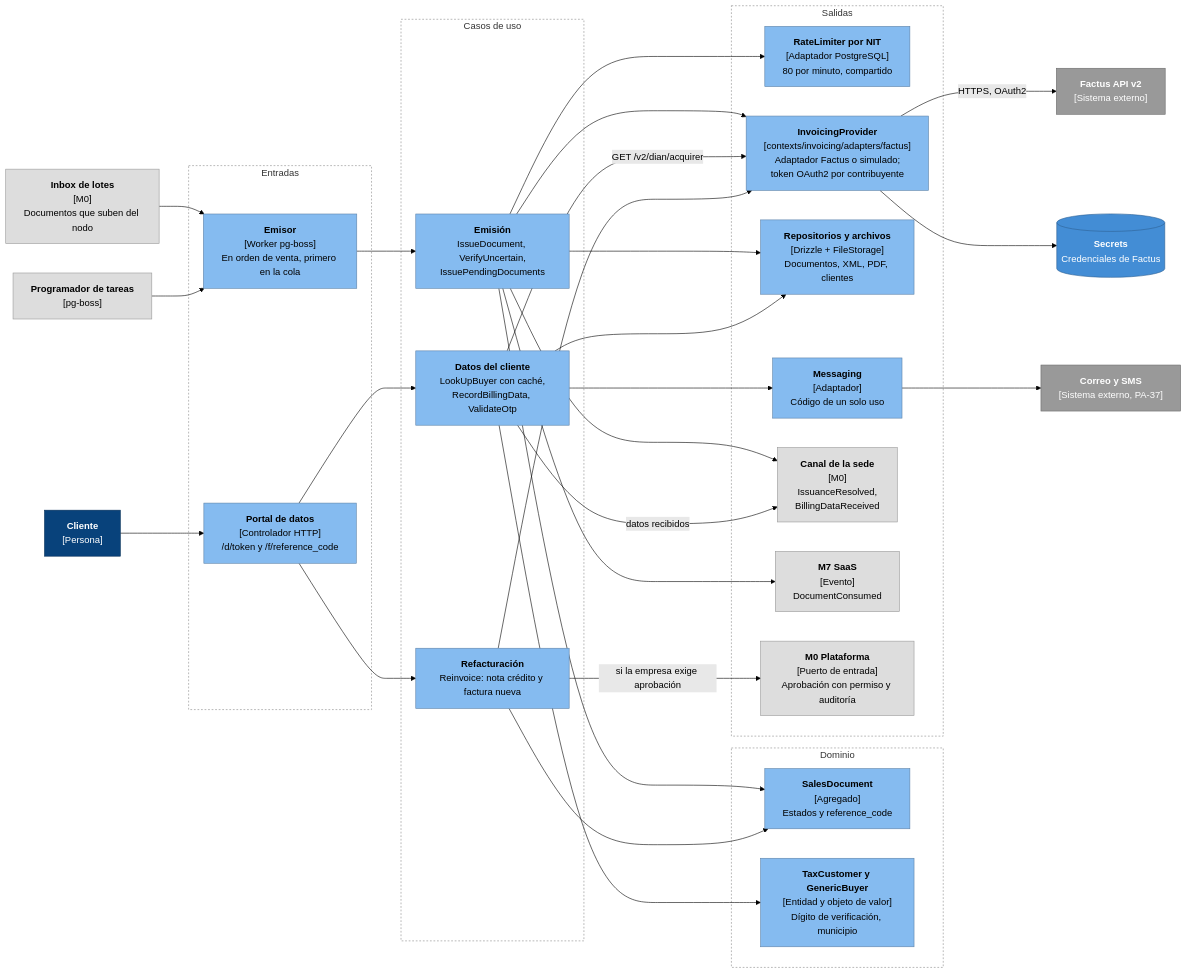
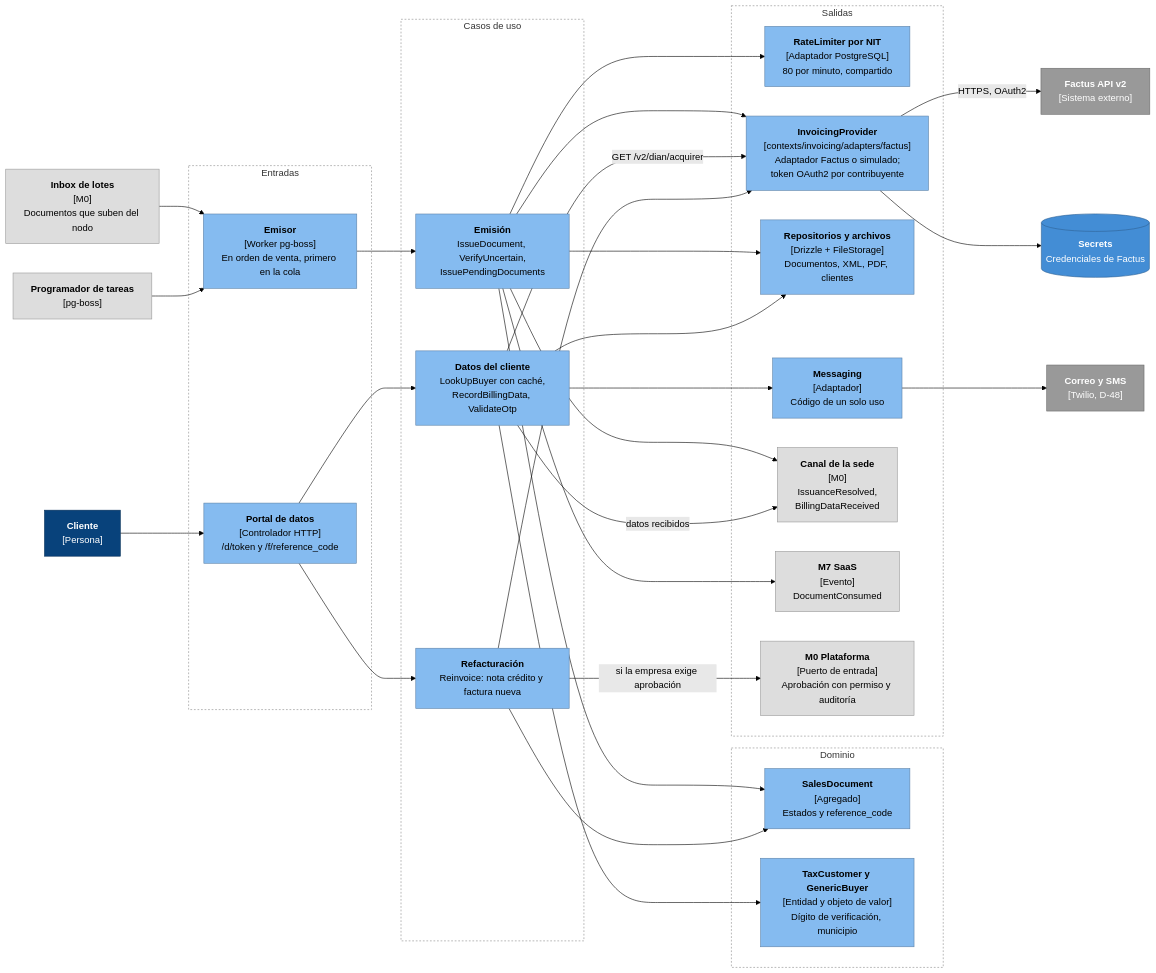
Before and after one commit to CesarJOtizM/blackHole: the second of 2 diagrams in docs/arquitectura/componentes/c4-m3-facturacion.md, drawn with Mermaid (forest theme). The commit also changed other lines of this file and 9 other files, not shown here.

````diff
--- a/docs/arquitectura/componentes/c4-m3-facturacion.md
+++ b/docs/arquitectura/componentes/c4-m3-facturacion.md
@@ -76,74 +76,74 @@
 ```mermaid
 flowchart LR
   INB["<b>Inbox de lotes</b><br/>[M0]<br/>Documentos que suben del nodo"]:::modulo
   PRG["<b>Programador de tareas</b><br/>[pg-boss]"]:::modulo
   CUS["<b>Cliente</b><br/>[Persona]"]:::persona
 
   subgraph Inputs["Entradas"]
     WIS["<b>Emisor</b><br/>[Worker pg-boss]<br/>En orden de venta, primero en la cola"]:::componente
     PDAT["<b>Portal de datos</b><br/>[Controlador HTTP]<br/>/d/token y /f/reference_code"]:::componente
   end
 
   subgraph Application["Casos de uso"]
     UC_ISS["<b>Emisión</b><br/>IssueDocument, VerifyUncertain,<br/>IssuePendingDocuments"]:::componente
     UC_CUS["<b>Datos del cliente</b><br/>LookUpBuyer con caché,<br/>RecordBillingData, ValidateOtp"]:::componente
     UC_REI["<b>Refacturación</b><br/>Reinvoice: nota crédito y factura nueva"]:::componente
   end
 
   subgraph Domain["Dominio"]
     D_DOC["<b>SalesDocument</b><br/>[Agregado]<br/>Estados y reference_code"]:::componente
     D_CUS["<b>TaxCustomer y GenericBuyer</b><br/>[Entidad y objeto de valor]<br/>Dígito de verificación, municipio"]:::componente
   end
 
   subgraph Outputs["Salidas"]
     RTL["<b>RateLimiter por NIT</b><br/>[Adaptador PostgreSQL]<br/>80 por minuto, compartido"]:::componente
     PROV["<b>InvoicingProvider</b><br/>[contexts/invoicing/adapters/factus]<br/>Adaptador Factus o simulado;<br/>token OAuth2 por contribuyente"]:::componente
     REPO["<b>Repositorios y archivos</b><br/>[Drizzle + FileStorage]<br/>Documentos, XML, PDF, clientes"]:::componente
     MSG["<b>Messaging</b><br/>[Adaptador]<br/>Código de un solo uso"]:::componente
     CHN["<b>Canal de la sede</b><br/>[M0]<br/>IssuanceResolved,<br/>BillingDataReceived"]:::modulo
     M7["<b>M7 SaaS</b><br/>[Evento]<br/>DocumentConsumed"]:::modulo
     M0["<b>M0 Plataforma</b><br/>[Puerto de entrada]<br/>Aprobación con permiso y auditoría"]:::modulo
   end
 
   FAC["<b>Factus API v2</b><br/>[Sistema externo]"]:::externo
-  MAIL["<b>Correo y SMS</b><br/>[Sistema externo, PA-37]"]:::externo
+  MAIL["<b>Correo y SMS</b><br/>[Twilio, D-48]"]:::externo
   SEC[("<b>Secrets</b><br/>Credenciales de Factus")]:::contenedor
 
   INB --> WIS
   PRG --> WIS
   CUS --> PDAT
 
   WIS --> UC_ISS
   PDAT --> UC_CUS
   PDAT --> UC_REI
 
   UC_ISS --> D_DOC
   UC_REI --> D_DOC
   UC_CUS --> D_CUS
 
   UC_ISS --> RTL
   UC_ISS --> PROV
   UC_ISS --> REPO
   UC_ISS --> CHN
   UC_ISS --> M7
   UC_CUS -- "GET /v2/dian/acquirer" --> PROV
   UC_CUS --> REPO
   UC_CUS --> MSG
   UC_CUS -- "datos recibidos" --> CHN
   UC_REI --> PROV
   UC_REI -- "si la empresa exige aprobación" --> M0
 
   PROV -- "HTTPS, OAuth2" --> FAC
   PROV --> SEC
   MSG --> MAIL
 
   classDef persona fill:#08427b,stroke:#052e56,color:#fff
   classDef componente fill:#85bbf0,stroke:#5d82a8,color:#000
   classDef contenedor fill:#438dd5,stroke:#2e6295,color:#fff
   classDef modulo fill:#dddddd,stroke:#999999,color:#000
   classDef externo fill:#999999,stroke:#6b6b6b,color:#fff
   style Inputs fill:none,stroke:#888,stroke-dasharray: 3 3
   style Application fill:none,stroke:#888,stroke-dasharray: 3 3
   style Domain fill:none,stroke:#888,stroke-dasharray: 3 3
   style Outputs fill:none,stroke:#888,stroke-dasharray: 3 3
 ```
````
